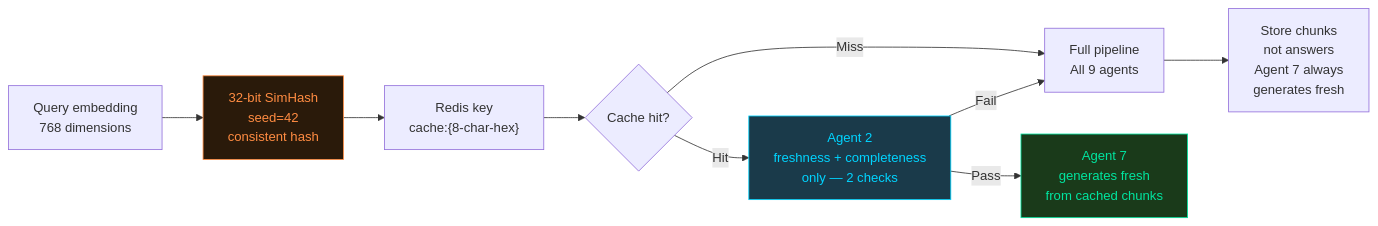
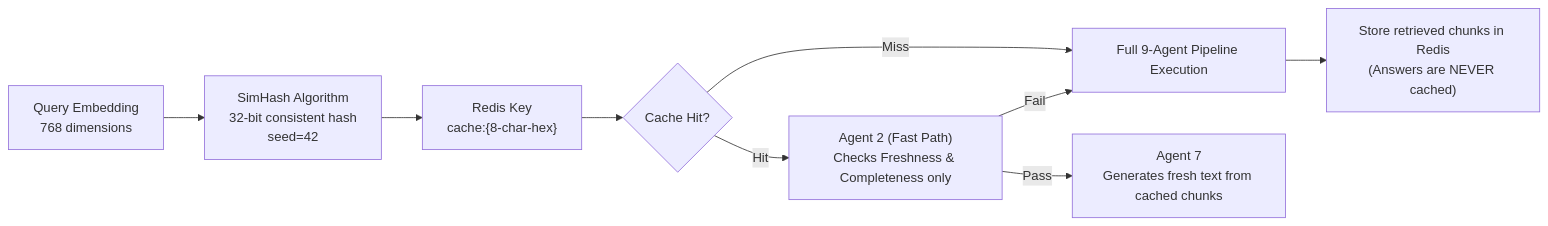
The eighth of 8 diagrams in ARCHITECTURE.md (pavan939111/SelfLearning_Rag), drawn with Mermaid before and after one commit. The commit also changed other lines of this file and 1 other file, not shown here.

Commit message:
docs: redesign mermaid diagrams for better colors and missing information

````diff
--- a/ARCHITECTURE.md
+++ b/ARCHITECTURE.md
@@ -250,15 +217,11 @@
 ```mermaid
 flowchart LR
-    Q["Query embedding\n768 dimensions"] --> HASH["32-bit SimHash\nseed=42\nconsistent hash"]
-    HASH --> KEY["Redis key\ncache:{8-char-hex}"]
-    KEY --> CHECK{"Cache hit?"}
-    CHECK -->|Hit| VERIFY["Agent 2\nfreshness + completeness\nonly — 2 checks"]
-    CHECK -->|Miss| FULL["Full pipeline\nAll 9 agents"]
-    VERIFY -->|Pass| A7["Agent 7\ngenerates fresh\nfrom cached chunks"]
-    VERIFY -->|Fail| FULL
-    FULL --> STORE["Store chunks\nnot answers\nAgent 7 always\ngenerates fresh"]
-
-    style HASH fill:#2a1a0a,stroke:#ff8c42,color:#ff8c42
-    style VERIFY fill:#1a3a4a,stroke:#00d4ff,color:#00d4ff
-    style A7 fill:#1a3a1a,stroke:#00e5a0,color:#00e5a0
+    Q["Query Embedding\n768 dimensions"] --> HASH["SimHash Algorithm\n32-bit consistent hash\nseed=42"]
+    HASH --> KEY["Redis Key\ncache:{8-char-hex}"]
+    KEY --> CHECK{"Cache Hit?"}
+    CHECK -->|"Hit"| VERIFY["Agent 2 (Fast Path)\nChecks Freshness & Completeness only"]
+    CHECK -->|"Miss"| FULL["Full 9-Agent Pipeline Execution"]
+    VERIFY -->|"Pass"| A7["Agent 7\nGenerates fresh text from cached chunks"]
+    VERIFY -->|"Fail"| FULL
+    FULL --> STORE["Store retrieved chunks in Redis\n(Answers are NEVER cached)"]
 ```
````
